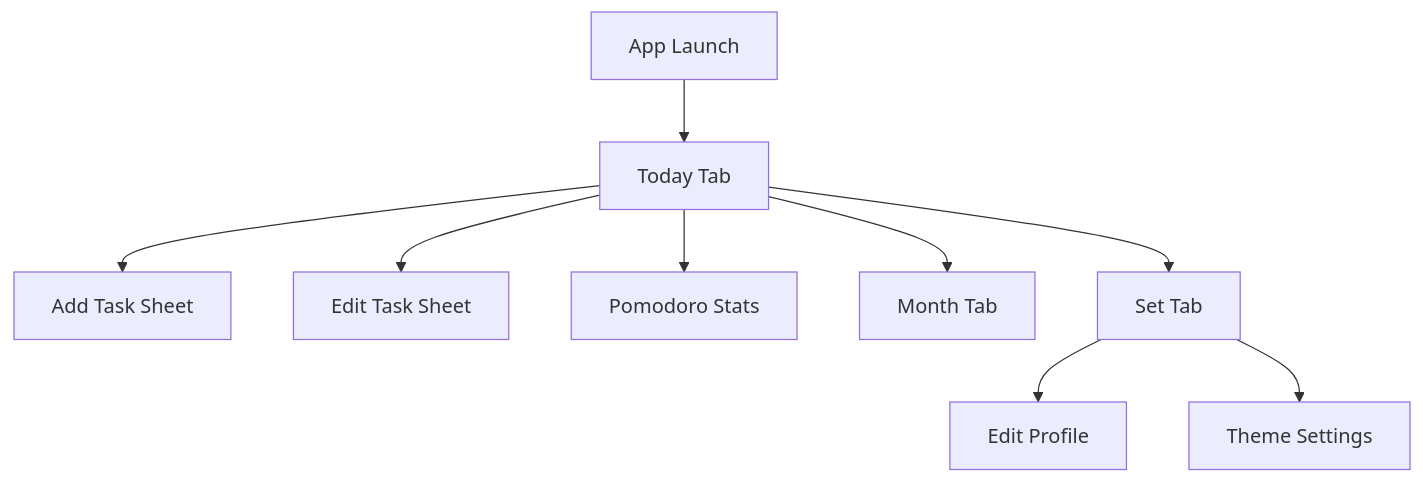
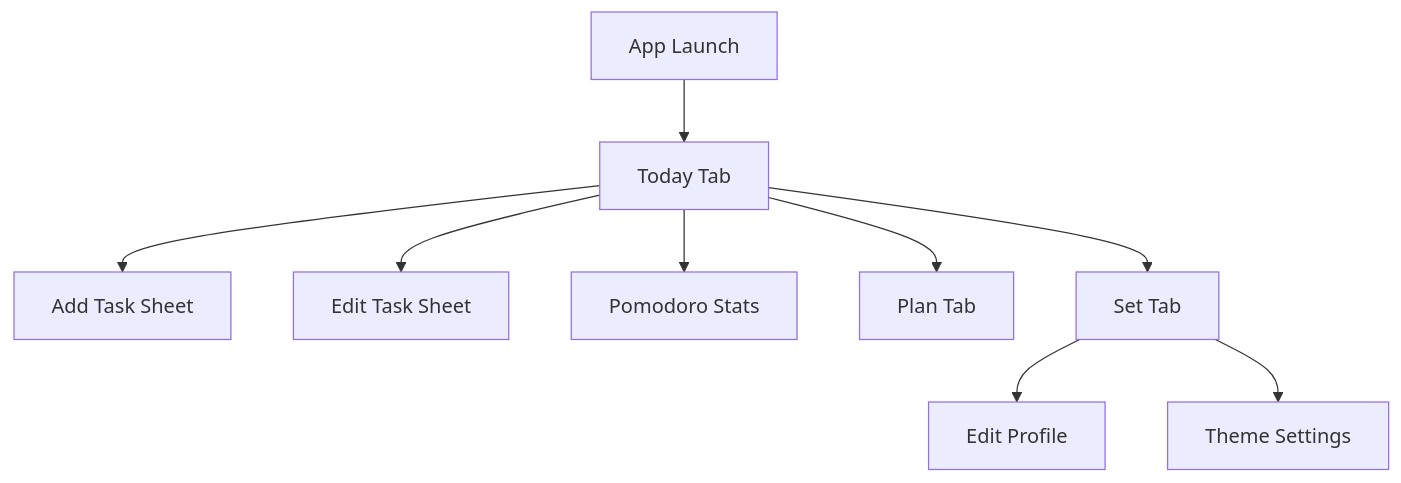
Before and after one commit to 1509797225/super-succotash: the diagram in ios_todo_app_technical_plan.md, drawn with Mermaid. The commit also changed other lines of this file and 10 other files, not shown here.

Commit message:
Add plan tab and today month view

````diff
--- a/ios_todo_app_technical_plan.md
+++ b/ios_todo_app_technical_plan.md
@@ -630,11 +660,11 @@
 ```mermaid
 flowchart TD
     A["App Launch"] --> B["Today Tab"]
     B --> C["Add Task Sheet"]
     B --> D["Edit Task Sheet"]
     B --> E["Pomodoro Stats"]
-    B --> F["Month Tab"]
+    B --> F["Plan Tab"]
     B --> G["Set Tab"]
     G --> H["Edit Profile"]
     G --> I["Theme Settings"]
 ```
````
